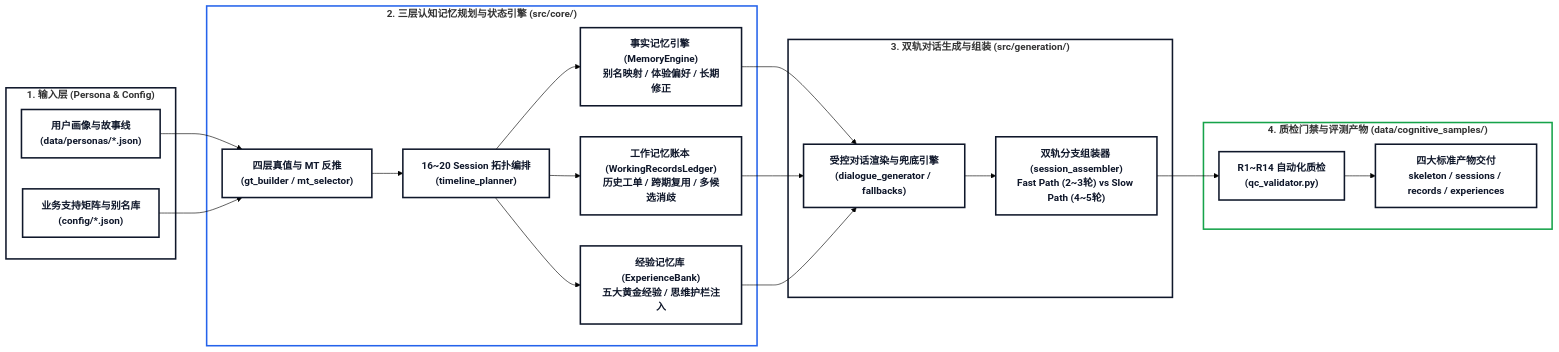
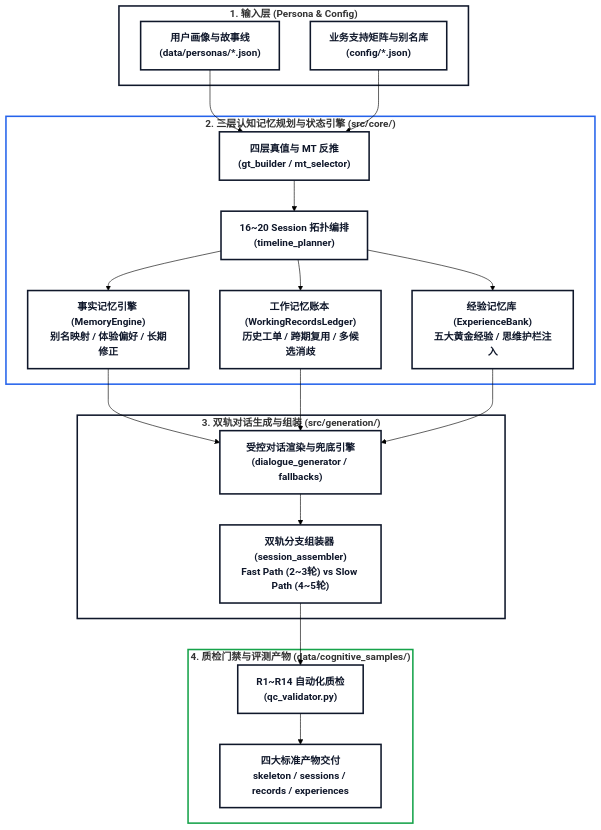
The second of 2 diagrams in docs/README.md (wangbanjin1/cross_data_gen), drawn with Mermaid (forest theme) before and after one commit. The commit also changed 15 other files, not shown here.

Commit message:
fix(docs): fix tiny Mermaid diagram rendering in HTML with full-width flex layout, balanced TD topology, and inline zoom controls

````diff
--- a/docs/README.md
+++ b/docs/README.md
@@ -69,45 +69,45 @@
 ```mermaid
-graph LR
+graph TD
     classDef default fill:#FFFFFF,stroke:#0F172A,stroke-width:2.5px,color:#0F172A,font-weight:bold;
 
     subgraph Input ["<b>1. 输入层 (Persona & Config)</b>"]
         P["<b>用户画像与故事线<br/>(data/personas/*.json)</b>"]
         C["<b>业务支持矩阵与别名库<br/>(config/*.json)</b>"]
     end
 
     subgraph Engine ["<b>2. 三层认知记忆规划与状态引擎 (src/core/)</b>"]
         GT["<b>四层真值与 MT 反推<br/>(gt_builder / mt_selector)</b>"]
         TL["<b>16~20 Session 拓扑编排<br/>(timeline_planner)</b>"]
         M1["<b>事实记忆引擎 (MemoryEngine)<br/>别名映射 / 体验偏好 / 长期修正</b>"]
         M2["<b>工作记忆账本 (WorkingRecordsLedger)<br/>历史工单 / 跨期复用 / 多候选消歧</b>"]
         M3["<b>经验记忆库 (ExperienceBank)<br/>五大黄金经验 / 思维护栏注入</b>"]
     end
 
     subgraph Render ["<b>3. 双轨对话生成与组装 (src/generation/)</b>"]
         DG["<b>受控对话渲染与兜底引擎<br/>(dialogue_generator / fallbacks)</b>"]
         SA["<b>双轨分支组装器 (session_assembler)<br/>Fast Path (2~3轮) vs Slow Path (4~5轮)</b>"]
     end
 
     subgraph Output ["<b>4. 质检门禁与评测产物 (data/cognitive_samples/)</b>"]
         QC["<b>R1~R14 自动化质检<br/>(qc_validator.py)</b>"]
         OUT["<b>四大标准产物交付<br/>skeleton / sessions / records / experiences</b>"]
     end
 
     P --> GT
     C --> GT
     GT --> TL
     TL --> M1
     TL --> M2
     TL --> M3
     M1 --> DG
     M2 --> DG
     M3 --> DG
     DG --> SA
     SA --> QC
     QC --> OUT
 
     style Input fill:#FFFFFF,stroke:#0F172A,stroke-width:2.5px;
     style Engine fill:#FFFFFF,stroke:#2563EB,stroke-width:2.5px;
     style Render fill:#FFFFFF,stroke:#0F172A,stroke-width:2.5px;
     style Output fill:#FFFFFF,stroke:#16A34A,stroke-width:2.5px;
 ```
````
